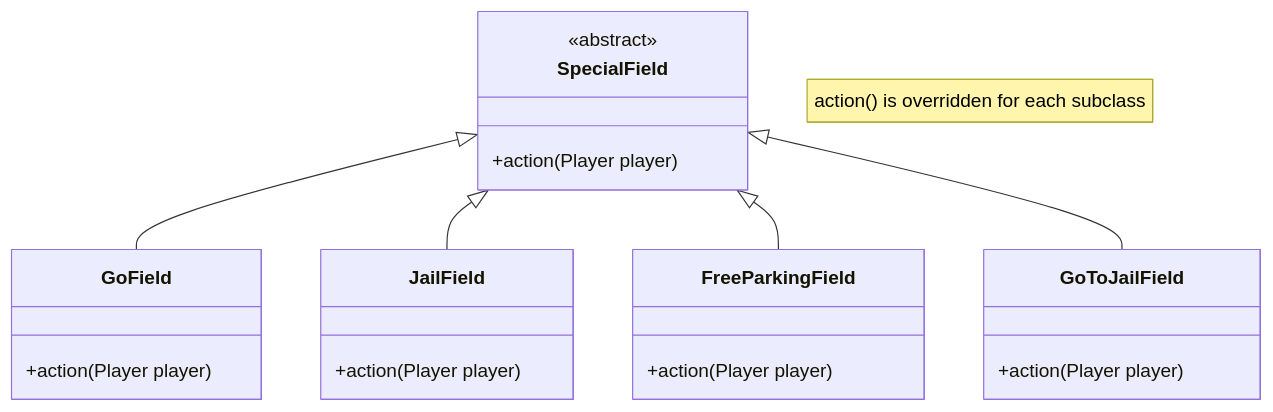
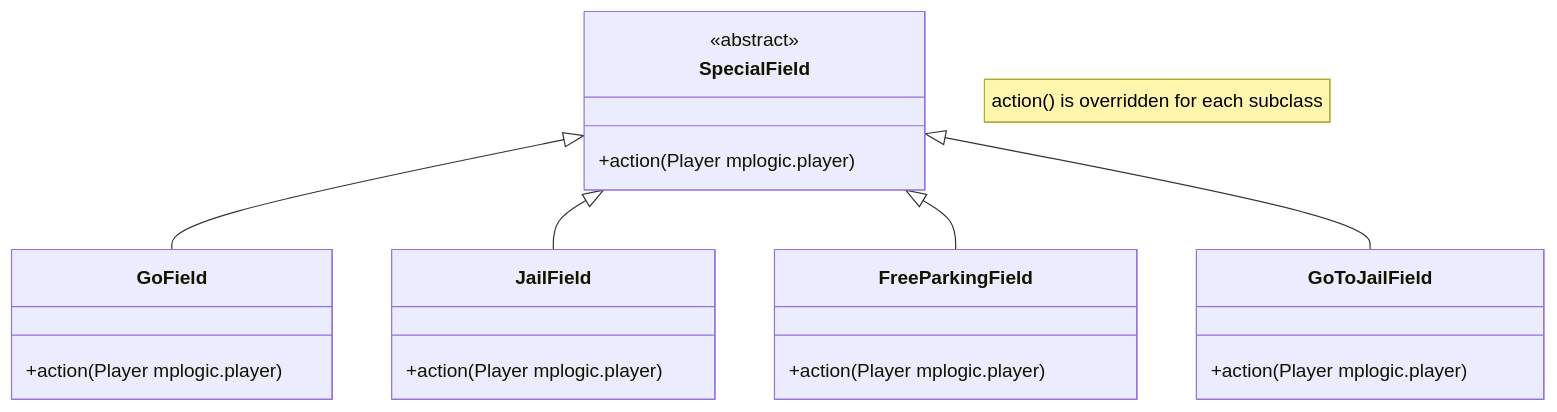
Before and after one commit to mhmFrost/Monopoly: the second of 6 diagrams in classdiagram.md, drawn with Mermaid. The commit also changed other lines of this file and 23 other files, not shown here.

````diff
--- a/classdiagram.md
+++ b/classdiagram.md
@@ -66,27 +66,27 @@
 ``` mermaid
 classDiagram
 SpecialField <|-- GoField
 SpecialField <|-- JailField
 SpecialField <|-- FreeParkingField
 SpecialField <|-- GoToJailField
 
 <<abstract>> SpecialField
 
 class SpecialField {
-+action(Player player)
++action(Player mplogic.player)
 }
 class GoField {
-+action(Player player)
++action(Player mplogic.player)
 }
 class JailField {
-+action(Player player)
++action(Player mplogic.player)
 }
 class FreeParkingField {
-+action(Player player)
++action(Player mplogic.player)
 }
 class GoToJailField {
-+action(Player player)
++action(Player mplogic.player)
 }
 
 note "action() is overridden for each subclass"
 ```
````
